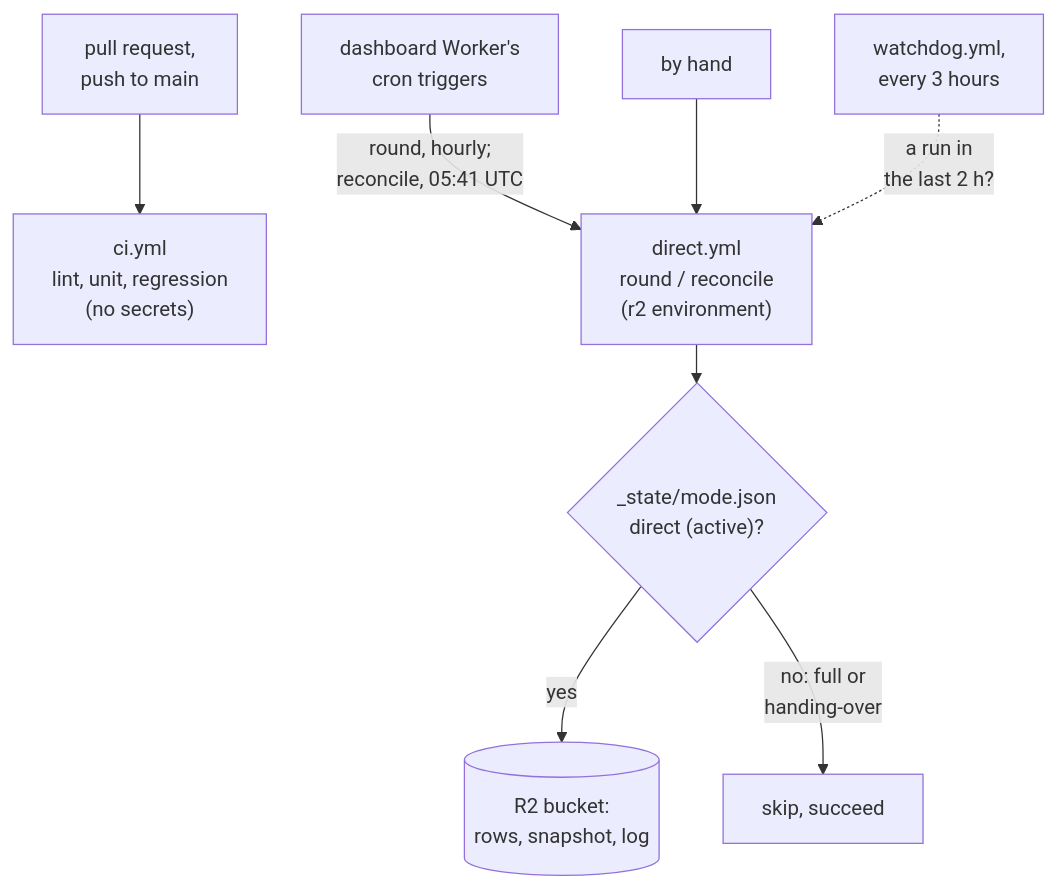
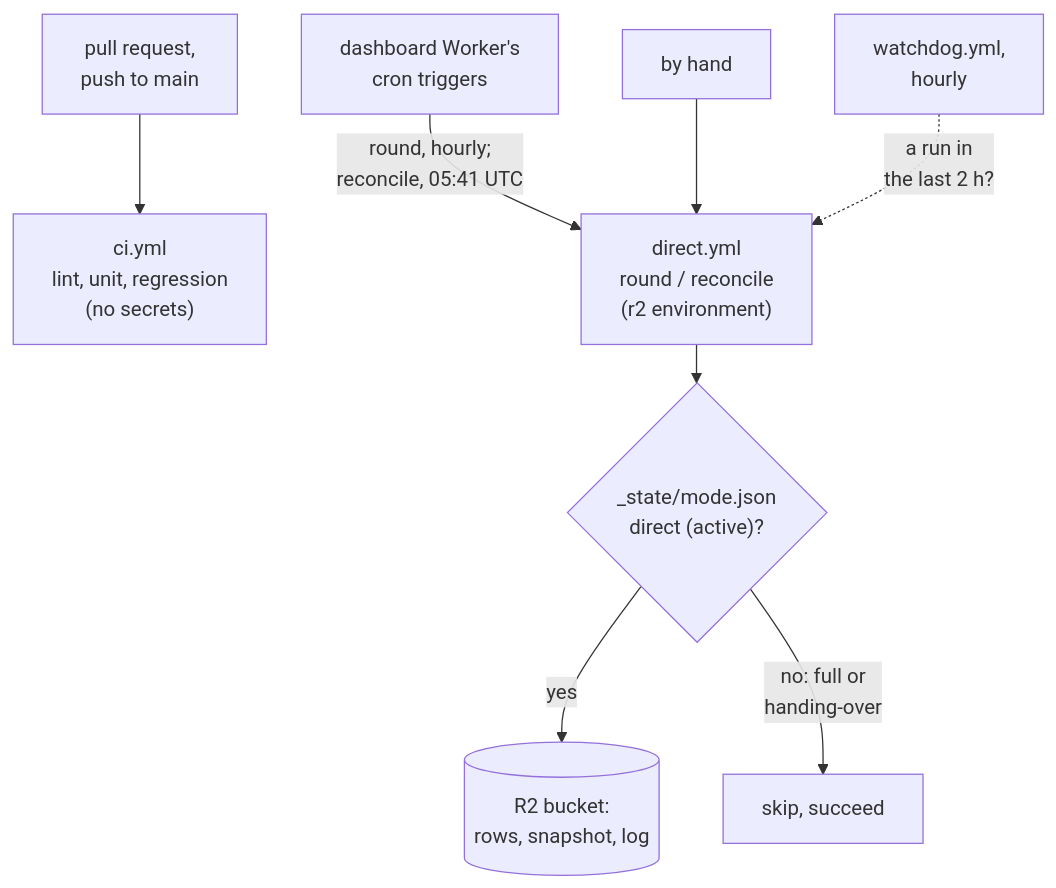
One commit to dienarvaez1/earth-hub changed the diagram in docs/technical/ci.md. Above: the diagram before and after it, drawn with Mermaid. The commit also changed other lines of this file and 15 other files, not shown here.

First line of the commit message:
docs: bring the docs and skills up to date with #48 to #59; run the watchdog hourly (DEF-057) (#60)

````diff
--- a/docs/technical/ci.md
+++ b/docs/technical/ci.md
@@ -7,11 +7,11 @@
 ```mermaid
 %%{init: {"flowchart": {"rankSpacing": 30, "nodeSpacing": 50}}}%%
 flowchart TB
     pr["pull request,<br/>push to main"] --> ci["ci.yml<br/>lint, unit, regression<br/>(no secrets)"]
     trigger["dashboard Worker's<br/>cron triggers"] -- "round, hourly;<br/>reconcile, 05:41 UTC" --> direct["direct.yml<br/>round / reconcile<br/>(r2 environment)"]
     hand["by hand"] --> direct
-    watchdog["watchdog.yml,<br/>every 3 hours"] -. "a run in<br/>the last 2 h?" .-> direct
+    watchdog["watchdog.yml,<br/>hourly"] -. "a run in<br/>the last 2 h?" .-> direct
     direct --> check{"_state/mode.json<br/>direct (active)?"}
     check -- yes --> r2[("R2 bucket:<br/>rows, snapshot, log")]
     check -- "no: full or<br/>handing-over" --> skip["skip, succeed"]
 ```
````
